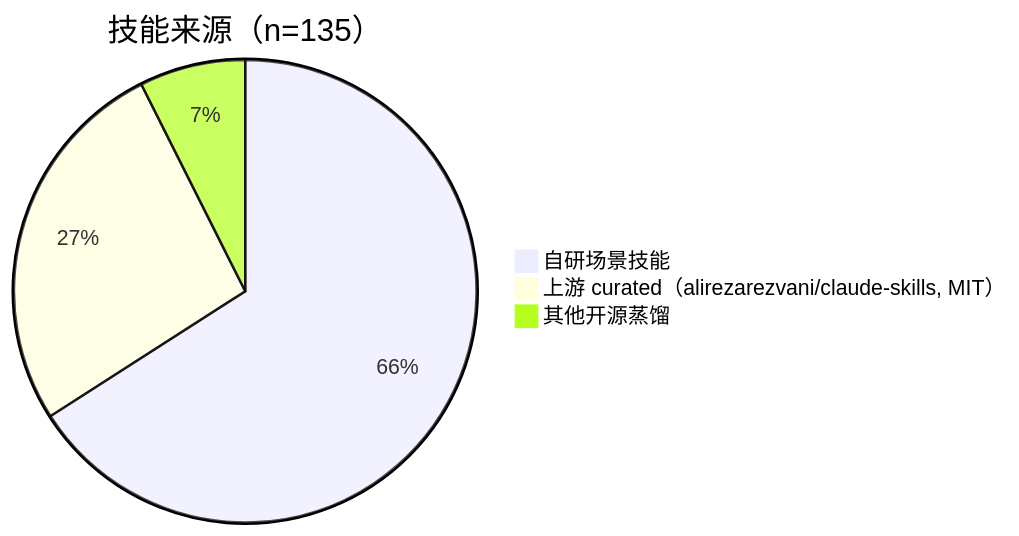
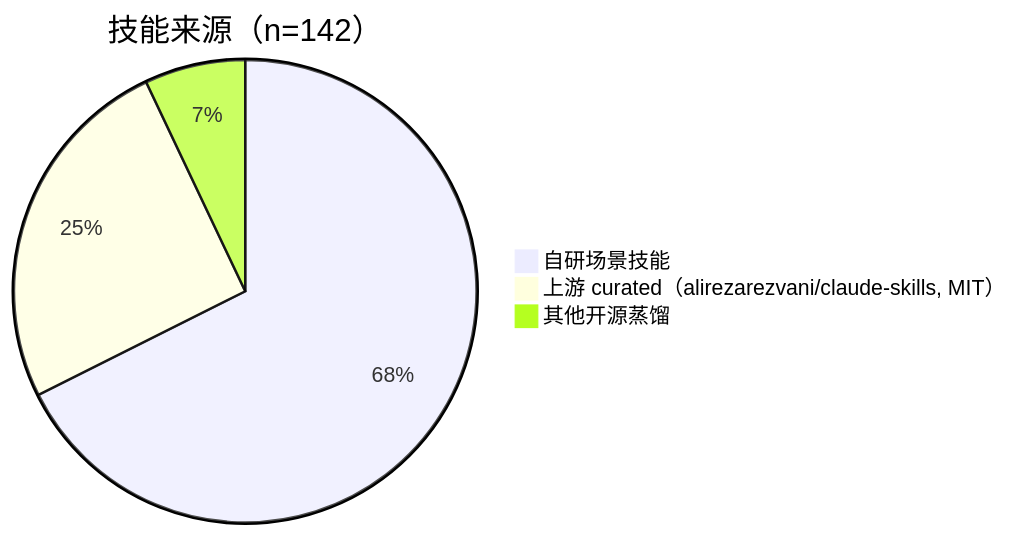
One commit to Morningstar202604/awesome-skillkit changed the second of 3 diagrams in README.zh-CN.md. Above: the diagram before and after it, drawn with Mermaid. The commit also changed other lines of this file and 13 other files, not shown here.

````diff
--- a/README.zh-CN.md
+++ b/README.zh-CN.md
@@ -44,6 +44,6 @@
 ```mermaid
-pie title 技能来源（n=135）
-    "自研场景技能" : 89
+pie title 技能来源（n=142）
+    "自研场景技能" : 96
     "上游 curated（alirezarezvani/claude-skills, MIT）" : 36
     "其他开源蒸馏" : 10
 ```
````
